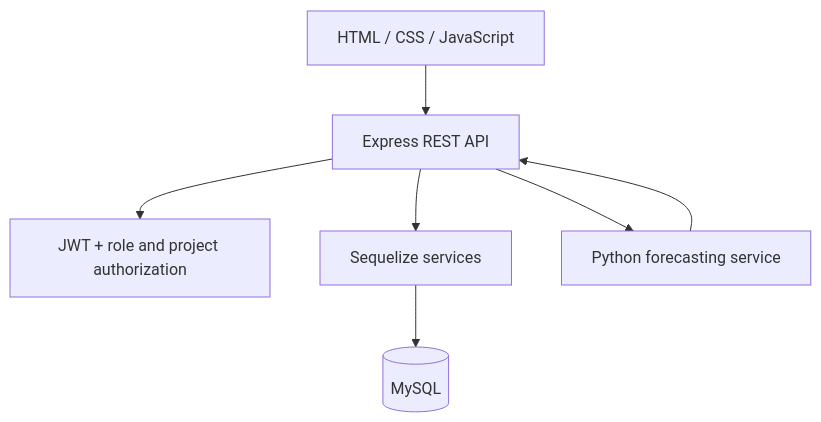
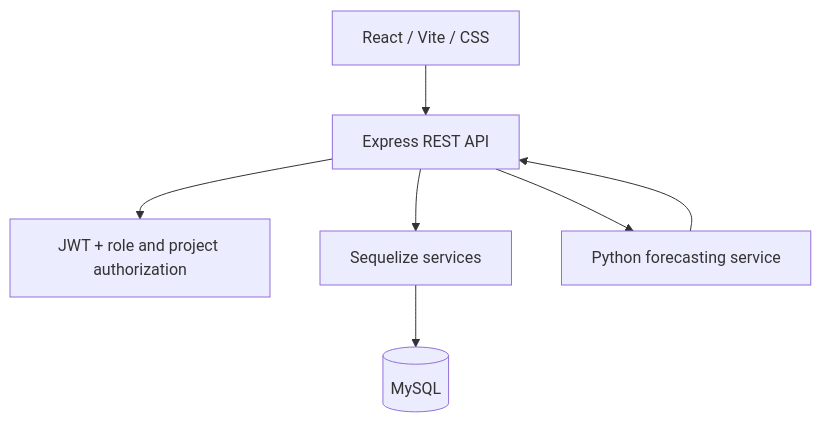
The diagram in README.md (sauravkumar325/BuildStock-AI), drawn with Mermaid before and after one commit.

Commit message:
Update architecture diagram to show React

````diff
--- a/README.md
+++ b/README.md
@@ -27,9 +27,9 @@
 ```mermaid
 flowchart TD
-  A[HTML / CSS / JavaScript] --> B[Express REST API]
+  A[React / Vite / CSS] --> B[Express REST API]
   B --> C[JWT + role and project authorization]
   B --> D[Sequelize services]
   D --> E[(MySQL)]
   B --> F[Python forecasting service]
   F --> B
 ```
````
